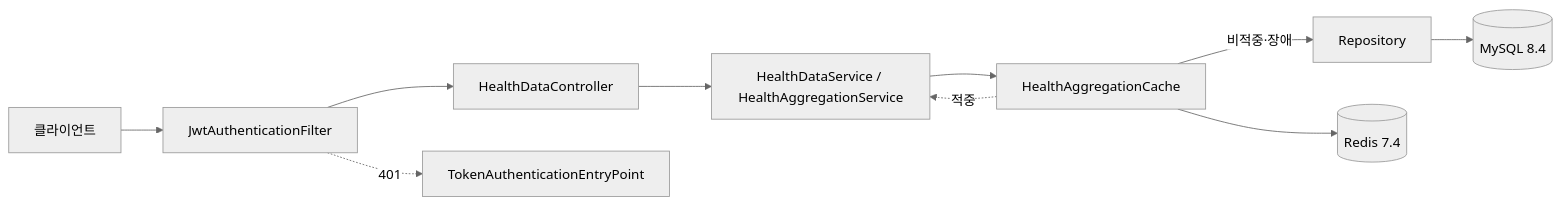
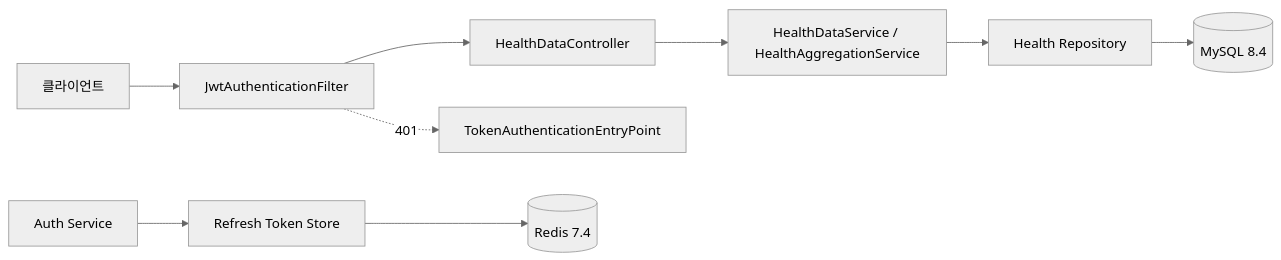
Before and after one commit to dongkeonkim/okcare-health-backend: the diagram in README.md, drawn with Mermaid (neutral theme). The commit also changed other lines of this file and 30 other files, not shown here.

````diff
--- a/README.md
+++ b/README.md
@@ -144,12 +148,11 @@
 ```mermaid
 flowchart LR
     Client[클라이언트] --> Filter[JwtAuthenticationFilter]
     Filter --> Controller[HealthDataController]
     Controller --> Service[HealthDataService / HealthAggregationService]
-    Service --> Cache[HealthAggregationCache]
-    Cache -.->|적중| Service
-    Cache -->|비적중·장애| Repo[Repository]
+    Service --> Repo[Health Repository]
     Repo --> MySQL[(MySQL 8.4)]
-    Cache --> Redis[(Redis 7.4)]
+    Auth[Auth Service] --> RefreshToken[Refresh Token Store]
+    RefreshToken --> Redis[(Redis 7.4)]
     Filter -.->|401| EntryPoint[TokenAuthenticationEntryPoint]
 ```
````
